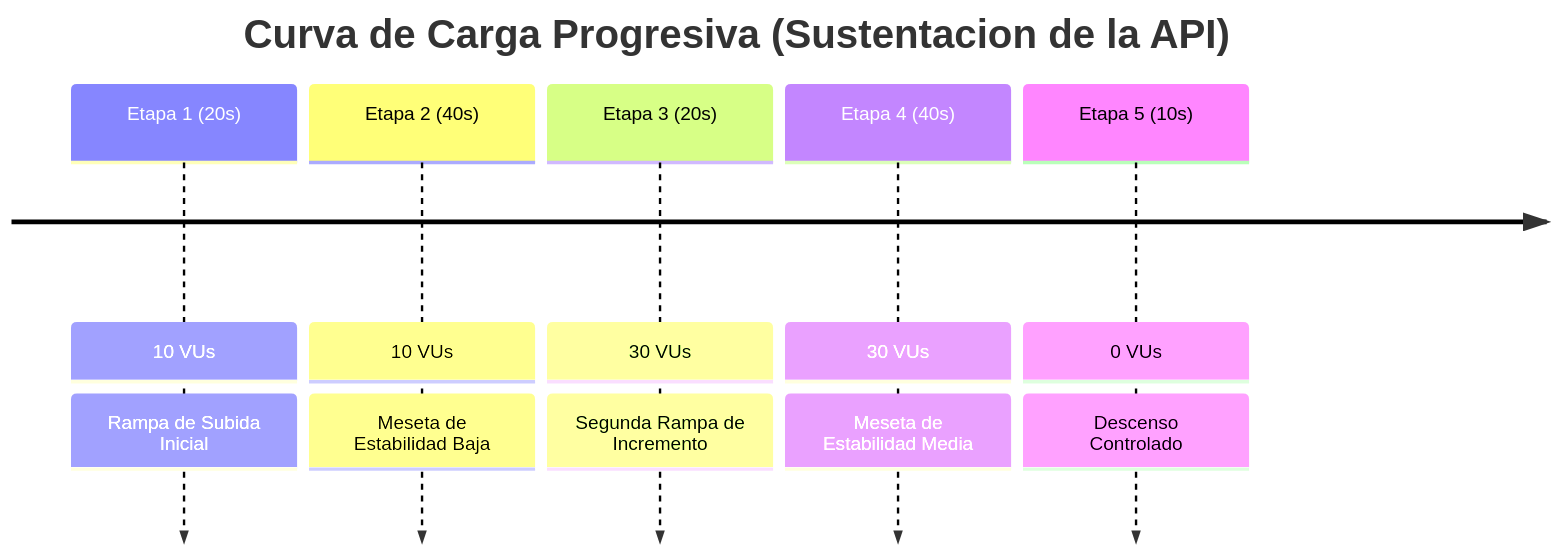
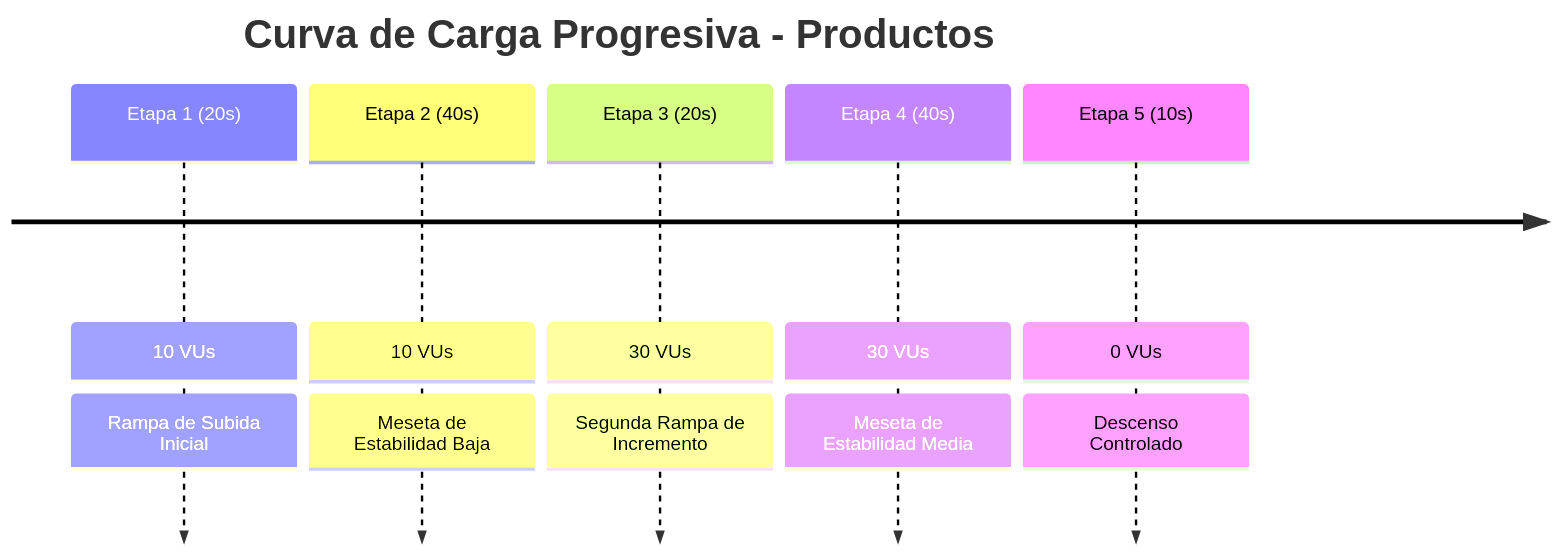
Before and after one commit to wortiz1027/workshop: the second of 5 diagrams in performance/README.md, drawn with Mermaid. The commit also changed other lines of this file and 1 other file, not shown here.

````diff
--- a/performance/README.md
+++ b/performance/README.md
@@ -75,9 +89,9 @@
 ```mermaid
 timeline
-    title Curva de Carga Progresiva (Sustentacion de la API)
+    title Curva de Carga Progresiva - Productos
     Etapa 1 (20s) : 10 VUs : Rampa de Subida Inicial
     Etapa 2 (40s) : 10 VUs : Meseta de Estabilidad Baja
     Etapa 3 (20s) : 30 VUs : Segunda Rampa de Incremento
     Etapa 4 (40s) : 30 VUs : Meseta de Estabilidad Media
     Etapa 5 (10s) : 0 VUs  : Descenso Controlado
 ```
````
